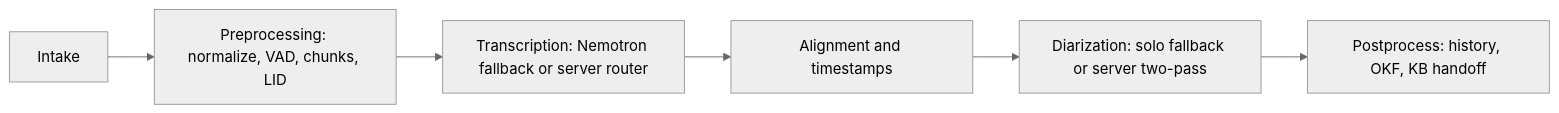
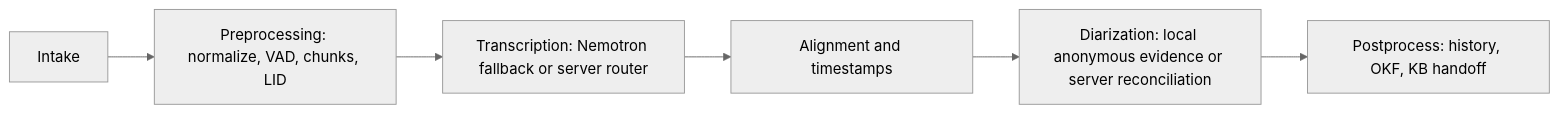
One commit to mcnatg1/yap changed the second of 2 diagrams in docs/specs/client-state-machine.md. Above: the diagram before and after it, drawn with Mermaid (neutral theme). The commit also changed 16 other files, not shown here.

Commit message:
docs: define source-aware diarization architecture

````diff
--- a/docs/specs/client-state-machine.md
+++ b/docs/specs/client-state-machine.md
@@ -173,8 +173,8 @@
 ```mermaid
 flowchart LR
     Intake["Intake"] --> Pre["Preprocessing: normalize, VAD, chunks, LID"]
     Pre --> STT["Transcription: Nemotron fallback or server router"]
     STT --> Align["Alignment and timestamps"]
-    Align --> Diar["Diarization: solo fallback or server two-pass"]
+    Align --> Diar["Diarization: local anonymous evidence or server reconciliation"]
     Diar --> Post["Postprocess: history, OKF, KB handoff"]
 ```
````
